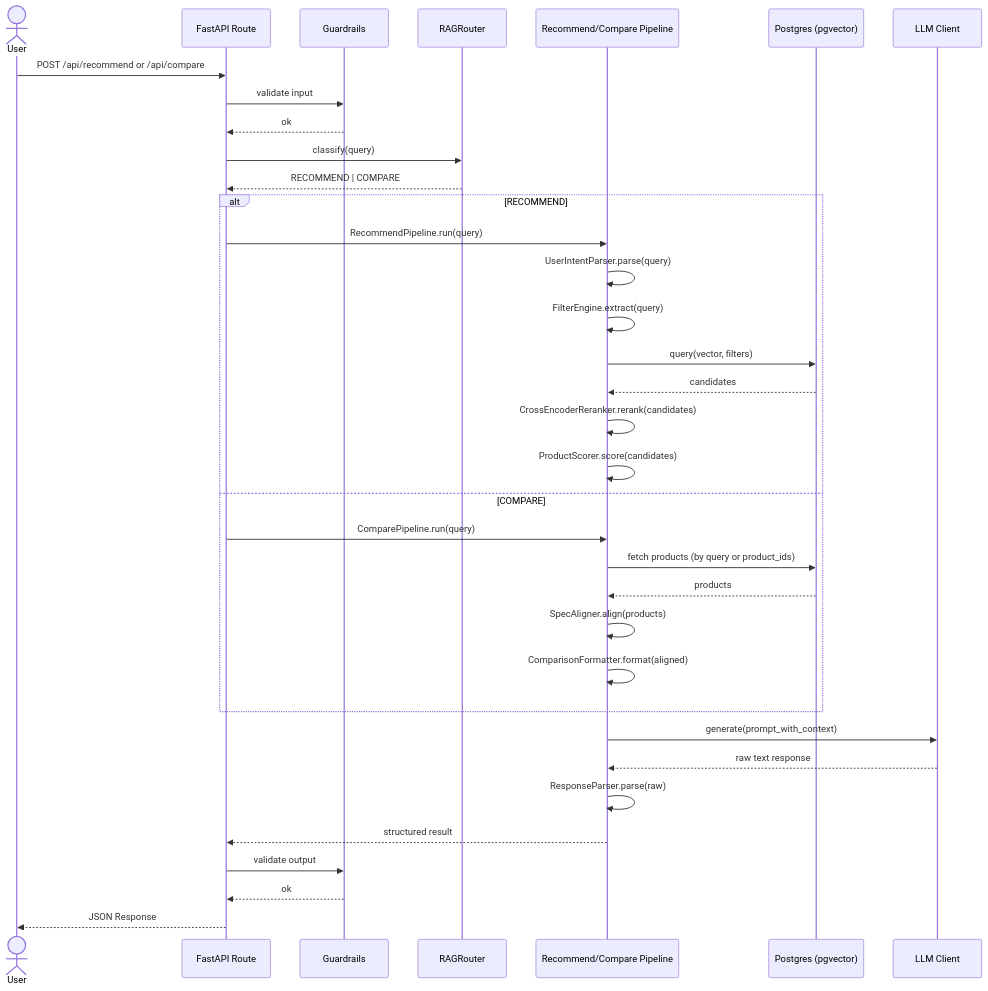
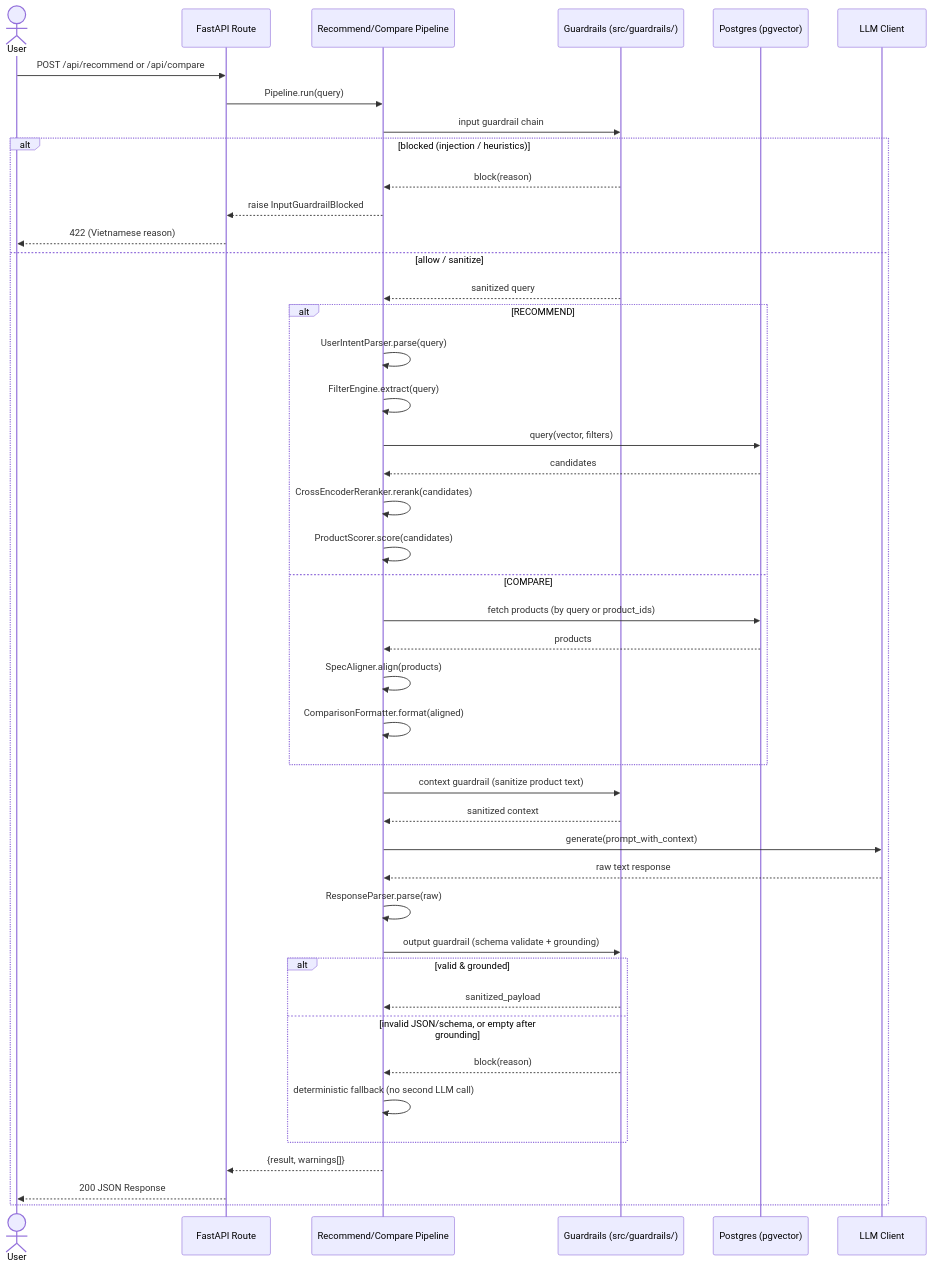
Before and after one commit to nxhawk/techscout-rag-recommend: the second of 2 diagrams in docs/architecture/overview.md, drawn with Mermaid. The commit also changed other lines of this file and 72 other files, not shown here.

````diff
--- a/docs/architecture/overview.md
+++ b/docs/architecture/overview.md
@@ -65,42 +69,52 @@
 ```mermaid
 sequenceDiagram
     actor User
     participant API as FastAPI Route
-    participant Guard as Guardrails
-    participant Router as RAGRouter
     participant Pipe as Recommend/Compare Pipeline
+    participant Guard as Guardrails (src/guardrails/)
     participant VDB as Postgres (pgvector)
     participant LLM as LLM Client
 
     User->>API: POST /api/recommend or /api/compare
-    API->>Guard: validate input
-    Guard-->>API: ok
+    API->>Pipe: Pipeline.run(query)
+    Pipe->>Guard: input guardrail chain
 
-    API->>Router: classify(query)
-    Router-->>API: RECOMMEND | COMPARE
+    alt blocked (injection / heuristics)
+        Guard-->>Pipe: block(reason)
+        Pipe-->>API: raise InputGuardrailBlocked
+        API-->>User: 422 (Vietnamese reason)
+    else allow / sanitize
+        Guard-->>Pipe: sanitized query
 
-    alt RECOMMEND
-        API->>Pipe: RecommendPipeline.run(query)
-        Pipe->>Pipe: UserIntentParser.parse(query)
-        Pipe->>Pipe: FilterEngine.extract(query)
-        Pipe->>VDB: query(vector, filters)
-        VDB-->>Pipe: candidates
-        Pipe->>Pipe: CrossEncoderReranker.rerank(candidates)
-        Pipe->>Pipe: ProductScorer.score(candidates)
-    else COMPARE
-        API->>Pipe: ComparePipeline.run(query)
-        Pipe->>VDB: fetch products (by query or product_ids)
-        VDB-->>Pipe: products
-        Pipe->>Pipe: SpecAligner.align(products)
-        Pipe->>Pipe: ComparisonFormatter.format(aligned)
+        alt RECOMMEND
+            Pipe->>Pipe: UserIntentParser.parse(query)
+            Pipe->>Pipe: FilterEngine.extract(query)
+            Pipe->>VDB: query(vector, filters)
+            VDB-->>Pipe: candidates
+            Pipe->>Pipe: CrossEncoderReranker.rerank(candidates)
+            Pipe->>Pipe: ProductScorer.score(candidates)
+        else COMPARE
+            Pipe->>VDB: fetch products (by query or product_ids)
+            VDB-->>Pipe: products
+            Pipe->>Pipe: SpecAligner.align(products)
+            Pipe->>Pipe: ComparisonFormatter.format(aligned)
+        end
+
+        Pipe->>Guard: context guardrail (sanitize product text)
+        Guard-->>Pipe: sanitized context
+        Pipe->>LLM: generate(prompt_with_context)
+        LLM-->>Pipe: raw text response
+        Pipe->>Pipe: ResponseParser.parse(raw)
+        Pipe->>Guard: output guardrail (schema validate + grounding)
+
+        alt valid & grounded
+            Guard-->>Pipe: sanitized_payload
+        else invalid JSON/schema, or empty after grounding
+            Guard-->>Pipe: block(reason)
+            Pipe->>Pipe: deterministic fallback (no second LLM call)
+        end
+
+        Pipe-->>API: {result, warnings[]}
+        API-->>User: 200 JSON Response
     end
-
-    Pipe->>LLM: generate(prompt_with_context)
-    LLM-->>Pipe: raw text response
-    Pipe->>Pipe: ResponseParser.parse(raw)
-    Pipe-->>API: structured result
-
-    API->>Guard: validate output
-    Guard-->>API: ok
-    API-->>User: JSON Response
 ```
````
